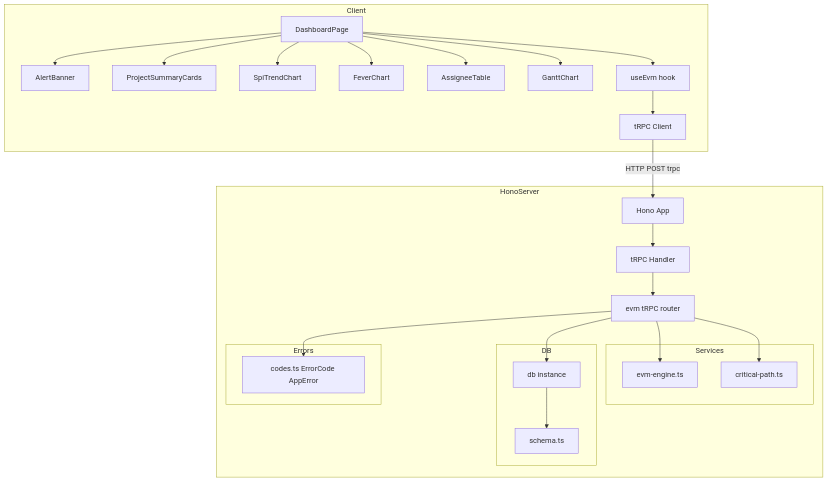
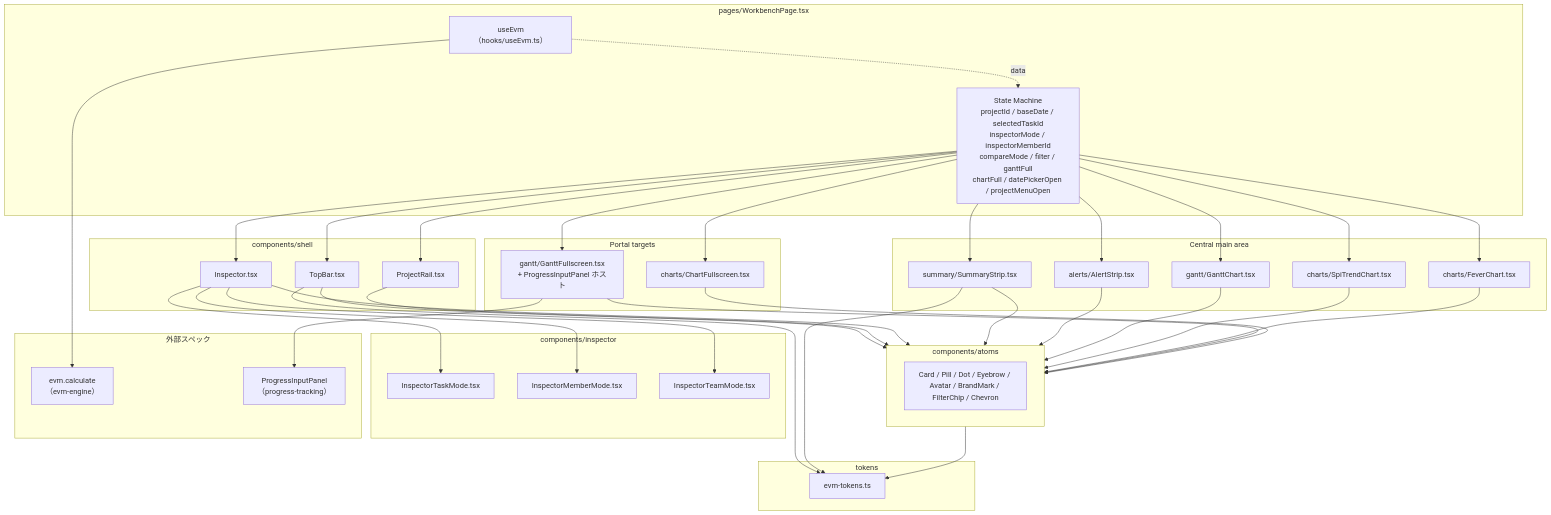
The first of 7 diagrams in .kiro/specs/dashboard/design.md (PrimeBrains/sdd-workshop), drawn with Mermaid before and after one commit. The commit also changed other lines of this file and 23 other files, not shown here.

````diff
--- a/.kiro/specs/dashboard/design.md
+++ b/.kiro/specs/dashboard/design.md
@@ -82,47 +96,75 @@
 ```mermaid
-graph TB
-    subgraph Client
-        DashboardPage[DashboardPage]
-        AlertBanner[AlertBanner]
-        ProjectSummaryCards[ProjectSummaryCards]
-        SpiTrendChart[SpiTrendChart]
-        FeverChart[FeverChart]
-        AssigneeTable[AssigneeTable]
-        GanttChart[GanttChart]
-        useEvm[useEvm hook]
-        TRPCClient[tRPC Client]
-    end
-    subgraph HonoServer
-        HonoApp[Hono App]
-        TRPCHandler[tRPC Handler]
-        EvmRouter[evm tRPC router]
-        subgraph Services
-            EvmEngine[evm-engine.ts]
-            CriticalPath[critical-path.ts]
-        end
-        subgraph DB
-            DrizzleSchema[schema.ts]
-            DrizzleClient[db instance]
-        end
-        subgraph Errors
-            ErrorCodes[codes.ts ErrorCode AppError]
-        end
-    end
+flowchart TB
+  subgraph Page [pages/WorkbenchPage.tsx]
+    State["State Machine<br/>projectId / baseDate / selectedTaskId<br/>inspectorMode / inspectorMemberId<br/>compareMode / filter / ganttFull<br/>chartFull / datePickerOpen / projectMenuOpen"]
+    Hook[useEvm（hooks/useEvm.ts）]
+  end
 
-    DashboardPage --> AlertBanner
-    DashboardPage --> ProjectSummaryCards
-    DashboardPage --> SpiTrendChart
-    DashboardPage --> FeverChart
-    DashboardPage --> AssigneeTable
-    DashboardPage --> GanttChart
-    DashboardPage --> useEvm
-    useEvm --> TRPCClient
-    TRPCClient -->|HTTP POST trpc| HonoApp
-    HonoApp --> TRPCHandler
-    TRPCHandler --> EvmRouter
-    EvmRouter --> EvmEngine
-    EvmRouter --> CriticalPath
-    EvmRouter --> DrizzleClient
-    DrizzleClient --> DrizzleSchema
-    EvmRouter --> ErrorCodes
+  subgraph Shell [components/shell]
+    TopBar[TopBar.tsx]
+    ProjectRail[ProjectRail.tsx]
+    Inspector[Inspector.tsx]
+  end
+
+  subgraph Center [Central main area]
+    Summary[summary/SummaryStrip.tsx]
+    Alerts[alerts/AlertStrip.tsx]
+    Gantt[gantt/GanttChart.tsx]
+    Trend[charts/SpiTrendChart.tsx]
+    Fever[charts/FeverChart.tsx]
+  end
+
+  subgraph Modals [Portal targets]
+    GanttFull[gantt/GanttFullscreen.tsx<br/>+ ProgressInputPanel ホスト]
+    ChartFull[charts/ChartFullscreen.tsx]
+  end
+
+  subgraph InspectorModes [components/inspector]
+    TaskMode[InspectorTaskMode.tsx]
+    MemberMode[InspectorMemberMode.tsx]
+    TeamMode[InspectorTeamMode.tsx]
+  end
+
+  subgraph Atoms [components/atoms]
+    Card[Card / Pill / Dot / Eyebrow / Avatar / BrandMark / FilterChip / Chevron]
+  end
+
+  subgraph Tokens [tokens]
+    EVM[evm-tokens.ts]
+  end
+
+  subgraph External [外部スペック]
+    EvmCalc[evm.calculate<br/>（evm-engine）]
+    ProgressPanel[ProgressInputPanel<br/>（progress-tracking）]
+  end
+
+  State --> TopBar
+  State --> ProjectRail
+  State --> Inspector
+  State --> Summary
+  State --> Alerts
+  State --> Gantt
+  State --> Trend
+  State --> Fever
+  State --> GanttFull
+  State --> ChartFull
+  Hook --> EvmCalc
+  Hook -.data.-> State
+  Inspector --> TaskMode
+  Inspector --> MemberMode
+  Inspector --> TeamMode
+  GanttFull --> ProgressPanel
+  TopBar --> Atoms
+  ProjectRail --> Atoms
+  Inspector --> Atoms
+  Summary --> Atoms
+  Alerts --> Atoms
+  Gantt --> Atoms
+  Trend --> Atoms
+  Fever --> Atoms
+  GanttFull --> Atoms
+  ChartFull --> Atoms
+  Atoms --> EVM
+  TopBar --> EVM
+  Summary --> EVM
 ```
````
